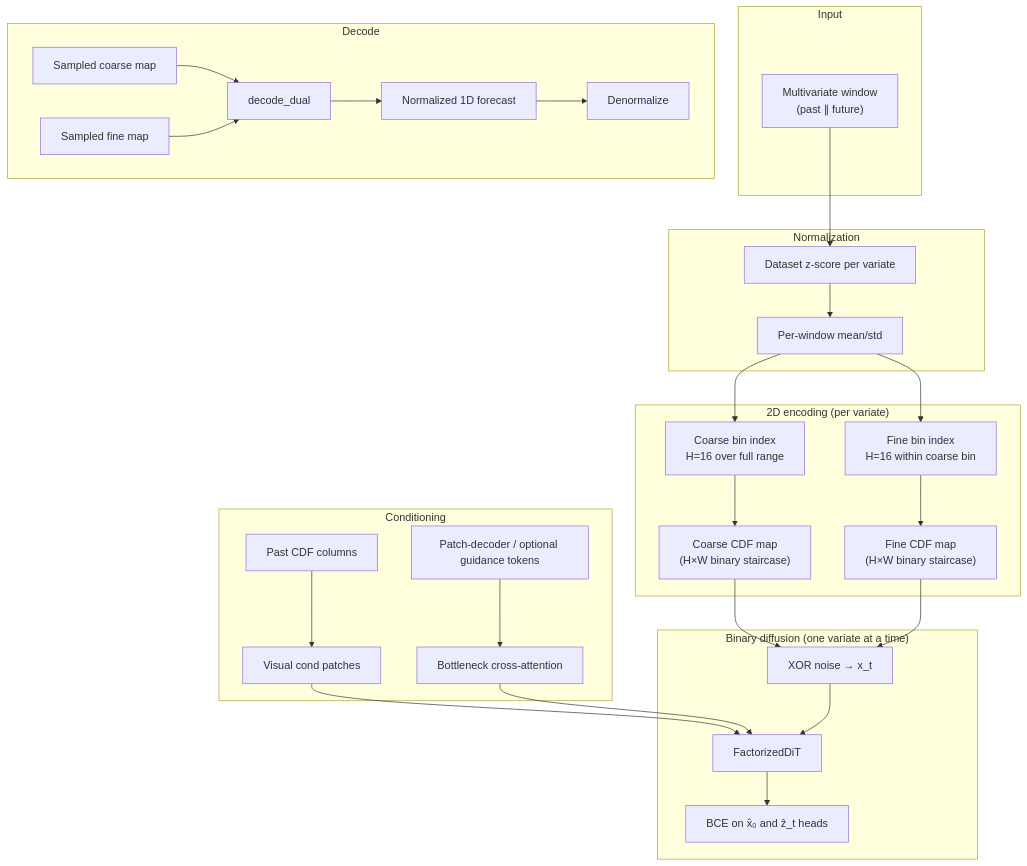
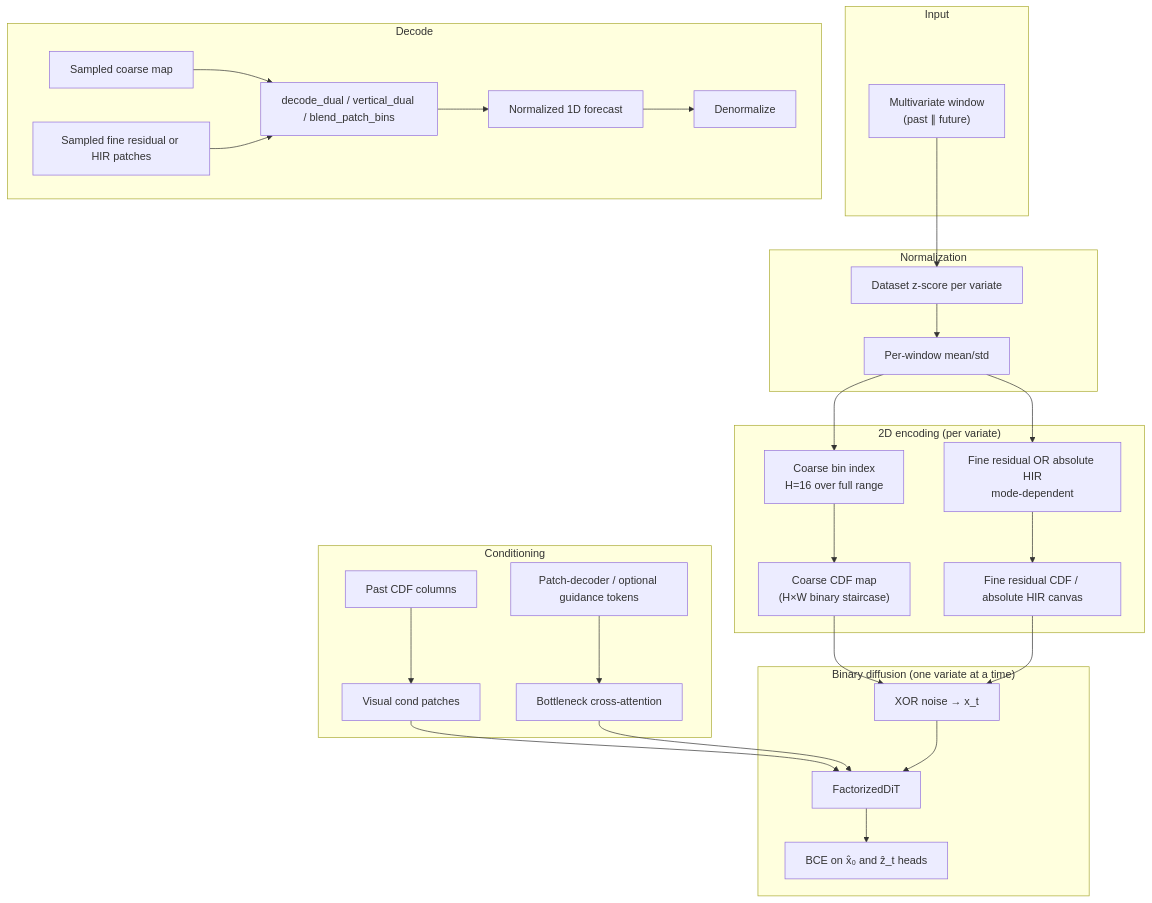
One commit to CalvinKCao/ts-sandbox changed the second of 2 diagrams in architecture.md. Above: the diagram before and after it, drawn with Mermaid. The commit also changed other lines of this file, not shown here.

First line of the commit message:
C: document canvas128 absolute HIR

````diff
--- a/architecture.md
+++ b/architecture.md
@@ -60,40 +60,40 @@
 ```mermaid
 flowchart TB
     subgraph Input
         TS["Multivariate window<br/>(past ∥ future)"]
     end
 
     subgraph Norm["Normalization"]
         DS[Dataset z-score per variate]
         WN[Per-window mean/std]
         TS --> DS --> WN
     end
 
     subgraph Encode["2D encoding (per variate)"]
         WN --> CB[Coarse bin index<br/>H=16 over full range]
-        WN --> FB[Fine bin index<br/>H=16 within coarse bin]
+        WN --> FB[Fine residual OR absolute HIR<br/>mode-dependent]
         CB --> CM["Coarse CDF map<br/>(H×W binary staircase)"]
-        FB --> FM["Fine CDF map<br/>(H×W binary staircase)"]
+        FB --> FM["Fine residual CDF / absolute HIR canvas"]
     end
 
     subgraph Cond["Conditioning"]
         PM[Past CDF columns] --> COND[Visual cond patches]
         GD[Patch-decoder / optional guidance tokens] --> XATTN[Bottleneck cross-attention]
     end
 
     subgraph Diff["Binary diffusion (one variate at a time)"]
         CM --> XD["XOR noise → x_t"]
         FM --> XD
         COND --> DiT[FactorizedDiT]
         XATTN --> DiT
         XD --> DiT
         DiT --> OUT["BCE on x̂₀ and ẑ_t heads"]
     end
 
     subgraph Decode["Decode"]
-        SC[Sampled coarse map] --> DD[decode_dual]
-        SF[Sampled fine map] --> DD
+        SC[Sampled coarse map] --> DD[decode_dual / vertical_dual / blend_patch_bins]
+        SF[Sampled fine residual or HIR patches] --> DD
         DD --> VAL[Normalized 1D forecast]
         VAL --> DN[Denormalize]
     end
 ```
````
